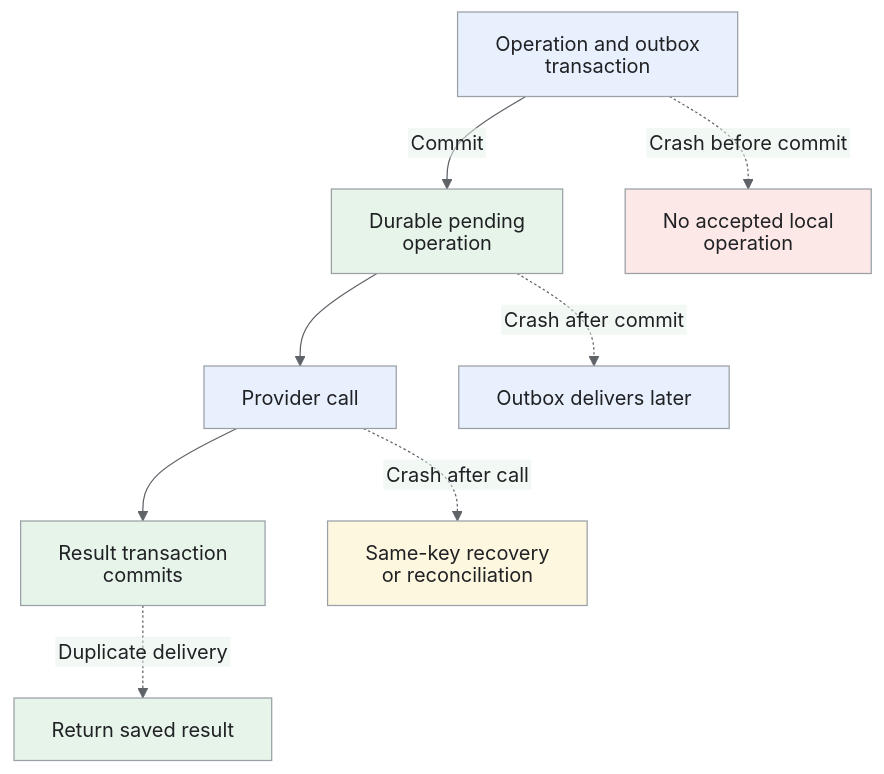
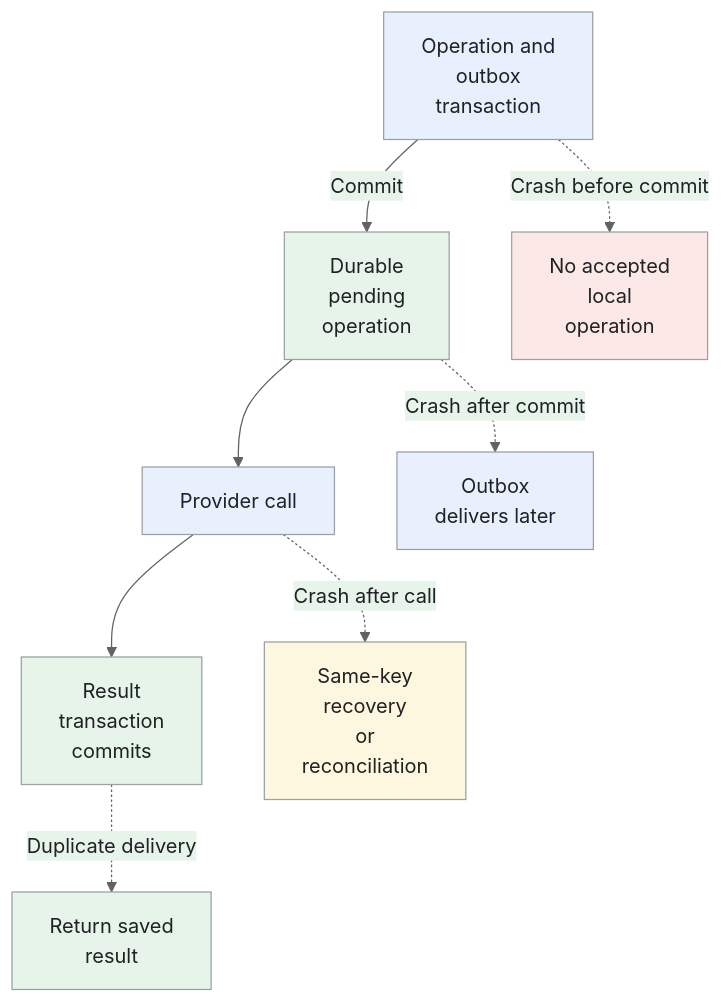
One commit to iliazlobin/iliazlobin.github.io changed the fifth of 6 diagrams in _designs/system-design-payment-system.md. Above: the diagram before and after it, drawn with Mermaid. The commit also changed other lines of this file and 116 other files, not shown here.

````diff
--- a/_designs/system-design-payment-system.md
+++ b/_designs/system-design-payment-system.md
@@ -308,19 +334,19 @@
 ```mermaid
-%%{init: {'theme':'base','htmlLabels':false,'flowchart':{'htmlLabels':false},'themeVariables':{'fontFamily':'Arial, sans-serif','primaryColor':'#e8f0fe','primaryTextColor':'#202124','primaryBorderColor':'#9aa0a6','lineColor':'#5f6368','secondaryColor':'#e6f4ea','tertiaryColor':'#fef7e0','actorBkg':'#e8f0fe','actorBorder':'#9aa0a6','actorTextColor':'#202124','noteBkgColor':'#fef7e0','noteTextColor':'#202124','noteBorderColor':'#9aa0a6','signalColor':'#5f6368','signalTextColor':'#202124','labelBoxBkgColor':'#fef7e0','labelBoxBorderColor':'#9aa0a6'}}}%%
+%%{init: {"theme":"base","themeVariables":{"primaryColor":"#e8f0fe","primaryTextColor":"#202124","primaryBorderColor":"#9aa0a6","lineColor":"#5f6368","secondaryColor":"#e6f4ea","tertiaryColor":"#fef7e0","actorBkg":"#e8f0fe","actorBorder":"#9aa0a6","actorTextColor":"#202124","noteBkgColor":"#fef7e0","noteTextColor":"#202124","noteBorderColor":"#9aa0a6","signalColor":"#5f6368","signalTextColor":"#202124","labelBoxBkgColor":"#fef7e0","labelBoxBorderColor":"#9aa0a6"}}}%%
 flowchart TB
-    A["Operation and outbox transaction"] -->|"Commit"| B["Durable pending operation"]
+    A["Operation and<br>outbox<br>transaction"] -->|"Commit"| B["Durable<br>pending<br>operation"]
     B --> C["Provider call"]
-    C --> D["Result transaction commits"]
-    A -.->|"Crash before commit"| E["No accepted local operation"]
-    B -.->|"Crash after commit"| F["Outbox delivers later"]
-    C -.->|"Crash after call"| G["Same-key recovery<br/>or reconciliation"]
-    D -.->|"Duplicate delivery"| H["Return saved result"]
+    C --> D["Result<br>transaction<br>commits"]
+    A -.->|"Crash before commit"| E["No accepted<br>local<br>operation"]
+    B -.->|"Crash after commit"| F["Outbox<br>delivers later"]
+    C -.->|"Crash after call"| G["Same-key<br>recovery<br>or<br>reconciliation"]
+    D -.->|"Duplicate delivery"| H["Return saved<br>result"]
     class A,C,F request;
     class B,D,H data;
     class G control;
     class E danger;
 classDef request fill:#e8f0fe,stroke:#9aa0a6,color:#202124;
 classDef data fill:#e6f4ea,stroke:#9aa0a6,color:#202124;
 classDef control fill:#fef7e0,stroke:#9aa0a6,color:#202124;
 classDef danger fill:#fce8e6,stroke:#9aa0a6,color:#202124;
 ```
````
